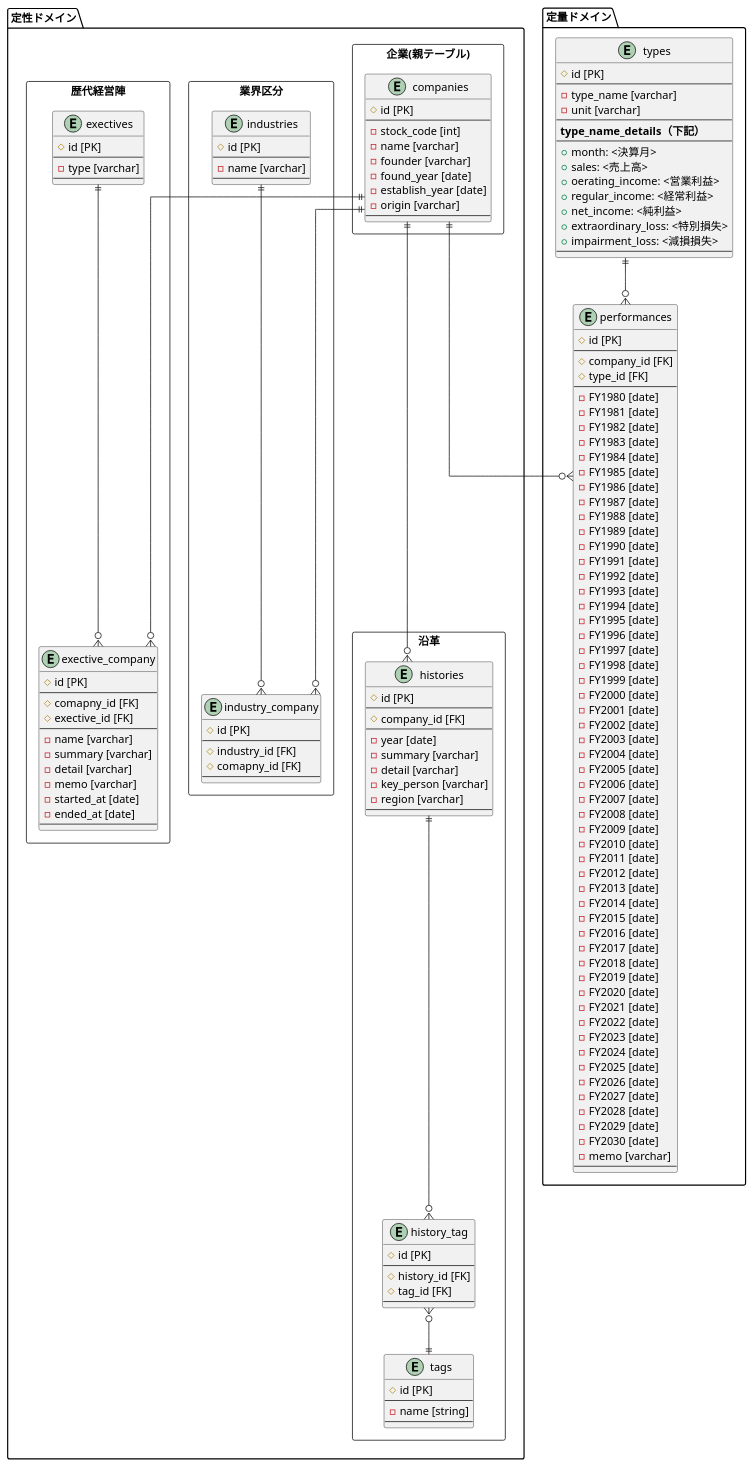
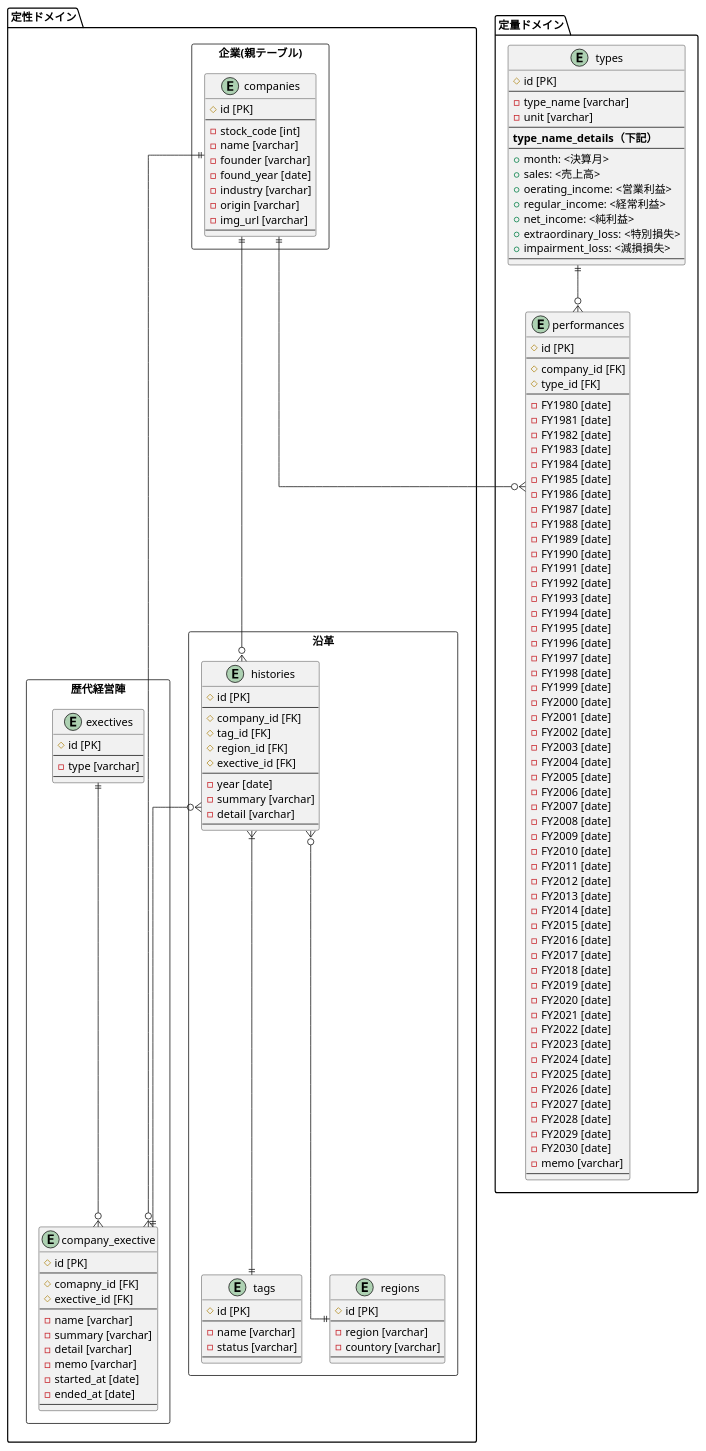
One commit to yutakasugiura/shashi-api changed the diagram in app/Domain/ER/ConceptualModel.pu. Above: the diagram before and after it, drawn with PlantUML. The commit also changed 20 other files, not shown here.

```diff
--- a/app/Domain/ER/ConceptualModel.pu
+++ b/app/Domain/ER/ConceptualModel.pu
@@ -1,183 +1,168 @@
 @startuml
 
 ' avoid problems with angled crows feet
 skinparam linetype ortho
 
 package 定性ドメイン {
     package 企業(親テーブル) <<Rectangle>> {
         entity "companies" {
             # id [PK]
             --
             - stock_code [int]
             - name [varchar]
             - founder [varchar]
             - found_year [date]
-            - establish_year [date]
+            - industry [varchar]
             - origin [varchar]
-            --
-        }
-    }
-
-    package 業界区分 <<Rectangle>> {
-        entity "industries" {
-            # id [PK]
-            --
-            - name [varchar]
-            --
-        }
-
-        entity "industry_company" {
-            # id [PK]
-            --
-            # industry_id [FK]
-            # comapny_id [FK]
+            - img_url [varchar]
             --
         }
     }
 
     package 沿革 <<Rectangle>> {
         entity "histories" {
             # id [PK]
             --
             # company_id [FK]
+            # tag_id [FK]
+            # region_id [FK]
+            # exective_id [FK]
             --
             - year [date]
             - summary [varchar]
             - detail [varchar]
-            - key_person [varchar]
-            - region [varchar]
-            --
-        }
-
-        entity "history_tag" {
-            # id [PK]
-            --
-            # history_id [FK]
-            # tag_id [FK]
             --
         }
 
         entity "tags" {
             # id [PK]
             --
-            - name [string]
+            - name [varchar]
+            - status [varchar]
+            --
+        }
+
+        entity "regions" {
+            # id [PK]
+            --
+            - region [varchar]
+            - countory [varchar]
             --
         }
     }
 
     package  歴代経営陣 <<Rectangle>> {
         entity "exectives" {
             # id [PK]
             --
             - type [varchar]
             --
         }
 
-        entity "exective_company" {
+        entity "company_exective" {
             # id [PK]
             --
             # comapny_id [FK]
             # exective_id [FK]
             --
             - name [varchar]
             - summary [varchar]
             - detail [varchar]
             - memo [varchar]
             - started_at [date]
             - ended_at [date]
             --
         }
     }
 }
 
 package 定量ドメイン {
     entity "performances" {
         # id [PK]
         --
         # company_id [FK]
         # type_id [FK]
         --
         - FY1980 [date]
         - FY1981 [date]
         - FY1982 [date]
         - FY1983 [date]
         - FY1984 [date]
         - FY1985 [date]
         - FY1986 [date]
         - FY1987 [date]
         - FY1988 [date]
         - FY1989 [date]
         - FY1990 [date]
         - FY1991 [date]
         - FY1992 [date]
         - FY1993 [date]
         - FY1994 [date]
         - FY1995 [date]
         - FY1996 [date]
         - FY1997 [date]
         - FY1998 [date]
         - FY1999 [date]
         - FY2000 [date]
         - FY2001 [date]
         - FY2002 [date]
         - FY2003 [date]
         - FY2004 [date]
         - FY2005 [date]
         - FY2006 [date]
         - FY2007 [date]
         - FY2008 [date]
         - FY2009 [date]
         - FY2010 [date]
         - FY2011 [date]
         - FY2012 [date]
         - FY2013 [date]
         - FY2014 [date]
         - FY2015 [date]
         - FY2016 [date]
         - FY2017 [date]
         - FY2018 [date]
         - FY2019 [date]
         - FY2020 [date]
         - FY2021 [date]
         - FY2022 [date]
         - FY2023 [date]
         - FY2024 [date]
         - FY2025 [date]
         - FY2026 [date]
         - FY2027 [date]
         - FY2028 [date]
         - FY2029 [date]
         - FY2030 [date]
         - memo [varchar]
         --
     }
 
     entity "types" {
         # id [PK]
         --
         - type_name [varchar]
         - unit [varchar]
         --
         <b>type_name_details（下記）</b>
         --
         + month: <決算月>
         + sales: <売上高>
         + oerating_income: <営業利益>
         + regular_income: <経常利益>
         + net_income: <純利益>
         + extraordinary_loss: <特別損失>
         + impairment_loss: <減損損失>
         --
     }
 }
 
 companies ||--o{ performances
-companies ||--o{ industry_company
-companies ||--o{ exective_company
-exectives ||--o{ exective_company
-industries ||--o{ industry_company
 companies ||--o{ histories
-histories ||--o{ history_tag
-history_tag }o--|| tags
+companies ||--o{ company_exective
+histories }o--|| company_exective
+histories }|--|| tags
+histories }o--|| regions
+exectives ||--o{ company_exective
 types ||--o{ performances
 @enduml
```
